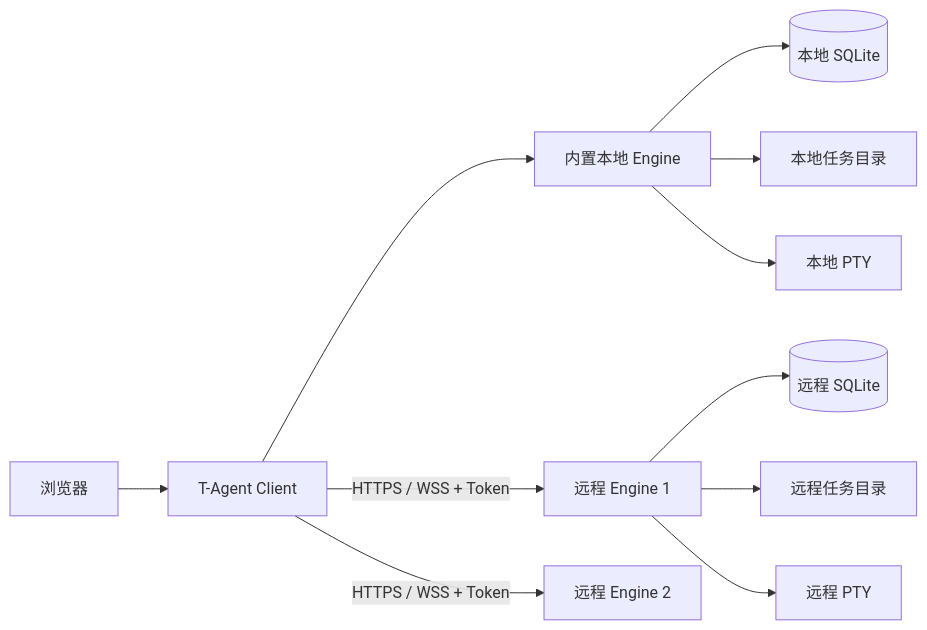
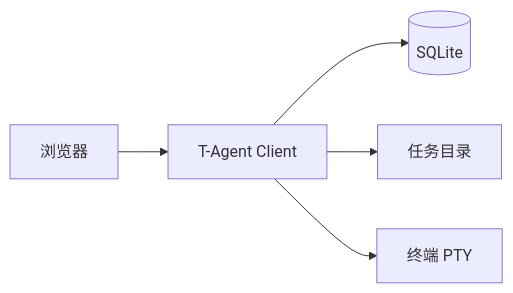
The diagram in README.md (TorinMars/t-agent), drawn with Mermaid before and after one commit. The commit also changed other lines of this file and 90 other files, not shown here.

Commit message:
Remove the Engine and remote server support, keeping only the single-user Client in v2.28.0

````diff
--- a/README.md
+++ b/README.md
@@ -15,13 +11,7 @@
 ```mermaid
 flowchart LR
     Browser[浏览器] --> Client[T-Agent Client]
-    Client --> Local[内置本地 Engine]
-    Client -->|HTTPS / WSS + Token| Remote1[远程 Engine 1]
-    Client -->|HTTPS / WSS + Token| Remote2[远程 Engine 2]
-    Local --> LocalDB[(本地 SQLite)]
-    Local --> LocalFiles[本地任务目录]
-    Local --> LocalPTY[本地 PTY]
-    Remote1 --> RemoteDB[(远程 SQLite)]
-    Remote1 --> RemoteFiles[远程任务目录]
-    Remote1 --> RemotePTY[远程 PTY]
+    Client --> DB[(SQLite)]
+    Client --> Files[任务目录]
+    Client --> PTY[终端 PTY]
 ```
````
